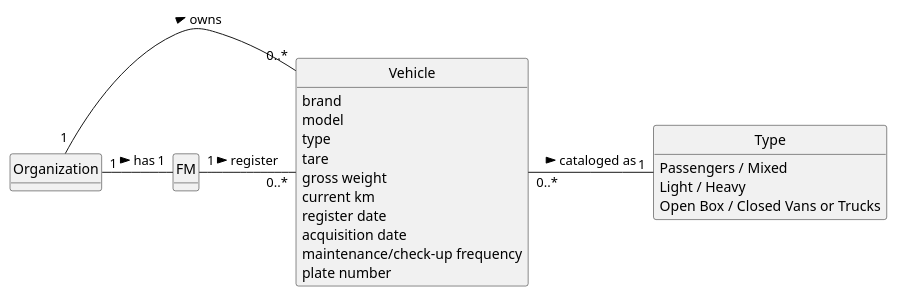
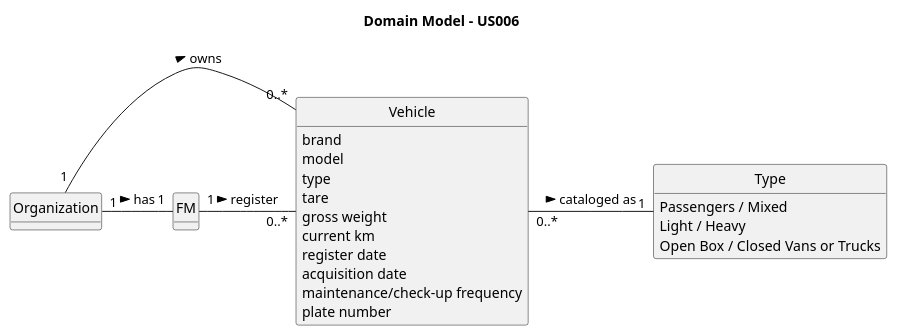
Before and after one commit to daniel41silva05/ISEP_2023_2024_LAPR2: the diagram in docs/sprintA/us006/02.analysis/puml/us006-domain-model.puml, drawn with PlantUML. The commit also changed 4 other files, not shown here.

```diff
--- a/docs/sprintA/us006/02.analysis/puml/us006-domain-model.puml
+++ b/docs/sprintA/us006/02.analysis/puml/us006-domain-model.puml
@@ -1,43 +1,43 @@
 @startuml
 skinparam monochrome true
 skinparam packageStyle rectangle
 skinparam shadowing false
 
-'left to right direction
-
 skinparam classAttributeIconSize 0
 
 hide circle
 hide methods
+
+title Domain Model - US006
 
 class Organization {
 }
 
 class Vehicle {
     brand
     model
     type
     tare
     gross weight
     current km
     register date
     acquisition date
     maintenance/check-up frequency
     plate number
 }
 
 class FM {
 }
 
 class Type {
     Passengers / Mixed
     Light / Heavy
     Open Box / Closed Vans or Trucks
 }
 
 Organization "1" - "1" FM : has >
 Organization "1" - "0..*" Vehicle : owns >
 FM "1" - "0..*" Vehicle : register >
 Vehicle "0..*" - "1" Type : cataloged as >
 
 @enduml
```
